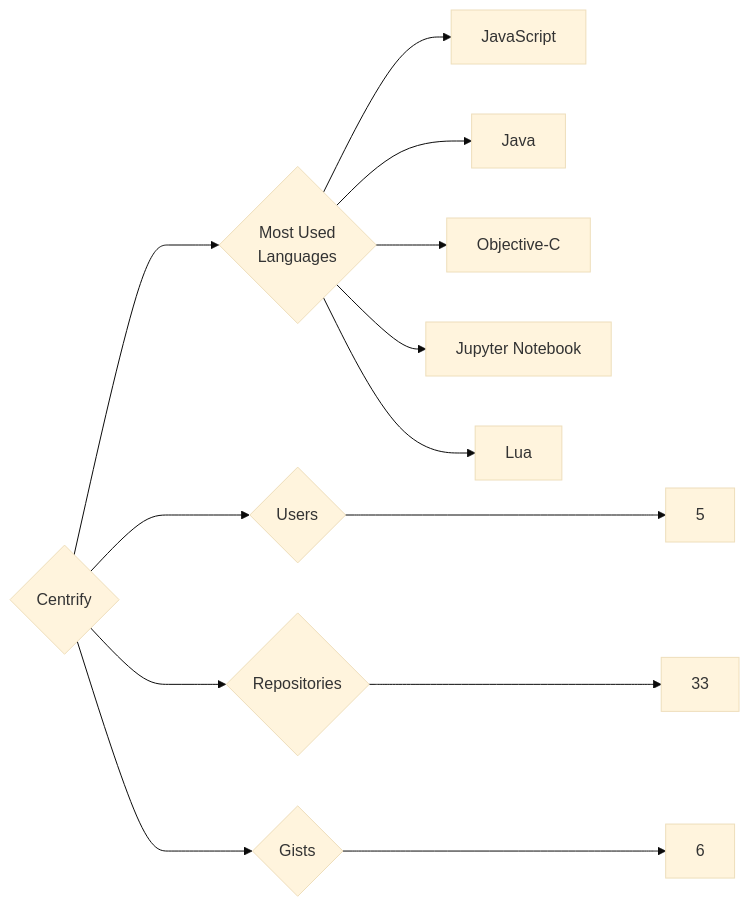
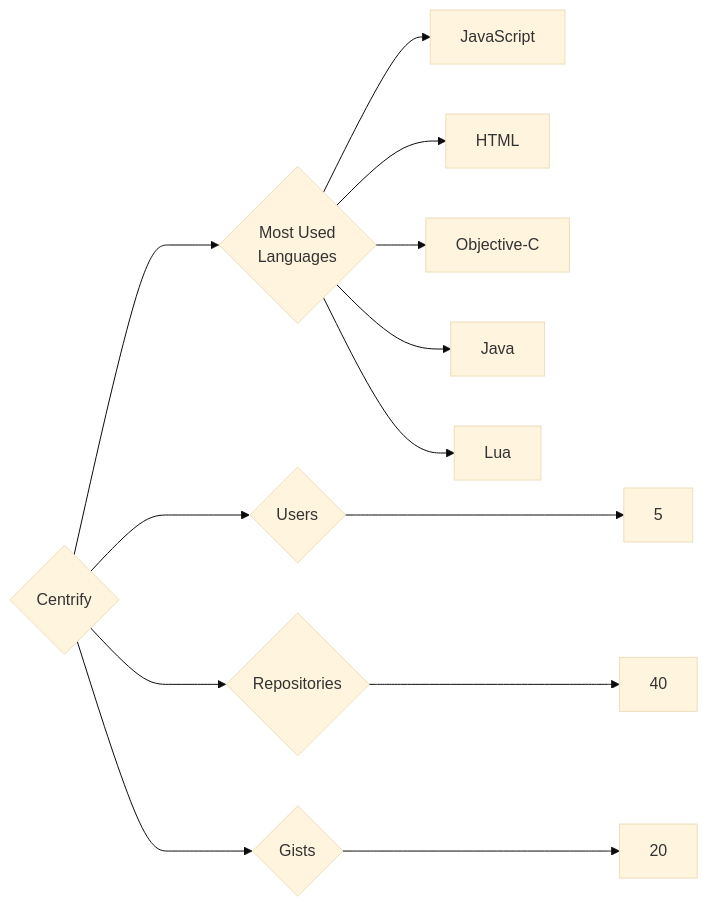
Before and after one commit to trickest/insiders: the diagram in targets/Centrify/README.md, drawn with Mermaid (base theme). The commit also changed 988 other files, not shown here.

````diff
--- a/targets/Centrify/README.md
+++ b/targets/Centrify/README.md
@@ -3,13 +3,13 @@
 ```mermaid
 graph LR
 COMPANY_NAME{Centrify}
 COMPANY_NAME ---> U{Users} ---> UN[5]
-COMPANY_NAME ---> R{Repositories} ---> RN[33]
-COMPANY_NAME ---> G{Gists} ---> GN[6]
+COMPANY_NAME ---> R{Repositories} ---> RN[40]
+COMPANY_NAME ---> G{Gists} ---> GN[20]
 COMPANY_NAME ---> ML{Most Used<br>Languages}
 ML --> JavaScript[JavaScript]
+ML --> HTML[HTML]
+ML --> Objective-C[Objective-C]
 ML --> Java[Java]
-ML --> Objective-C[Objective-C]
-ML --> Jupyter_Notebook[Jupyter Notebook]
 ML --> Lua[Lua]
 ```
````
